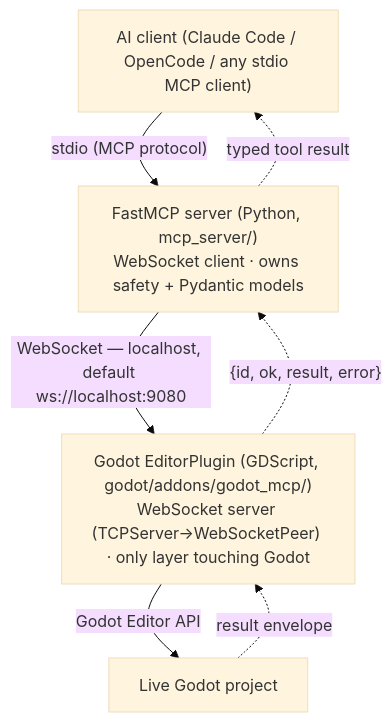
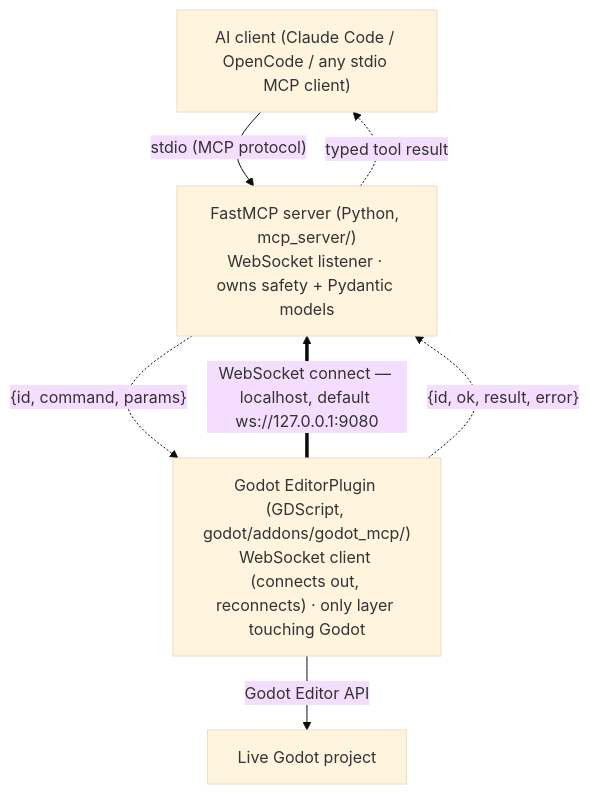
One commit to MuhamadBarzani/godot-mcp changed the diagram in docs/architecture.md. Above: the diagram before and after it, drawn with Mermaid (base theme). The commit also changed other lines of this file and 41 other files, not shown here.

First line of the commit message:
Fix bridge connection direction and add robust reconnection for Godot addon (#277)

````diff
--- a/docs/architecture.md
+++ b/docs/architecture.md
@@ -18,13 +20,13 @@
 ```mermaid
 flowchart TD
     AI["AI client (Claude Code / OpenCode / any stdio MCP client)"]
-    SRV["FastMCP server (Python, mcp_server/)<br/>WebSocket client · owns safety + Pydantic models"]
-    ADDON["Godot EditorPlugin (GDScript, godot/addons/godot_mcp/)<br/>WebSocket server (TCPServer→WebSocketPeer) · only layer touching Godot"]
+    SRV["FastMCP server (Python, mcp_server/)<br/>WebSocket listener · owns safety + Pydantic models"]
+    ADDON["Godot EditorPlugin (GDScript, godot/addons/godot_mcp/)<br/>WebSocket client (connects out, reconnects) · only layer touching Godot"]
     PROJ["Live Godot project"]
     AI -->|"stdio (MCP protocol)"| SRV
-    SRV -->|"WebSocket — localhost, default ws://localhost:9080"| ADDON
+    ADDON ==>|"WebSocket connect — localhost, default ws://127.0.0.1:9080"| SRV
+    SRV -.->|"{id, command, params}"| ADDON
     ADDON -->|"Godot Editor API"| PROJ
-    PROJ -.->|"result envelope"| ADDON
     ADDON -.->|"{id, ok, result, error}"| SRV
     SRV -.->|"typed tool result"| AI
 ```
````
